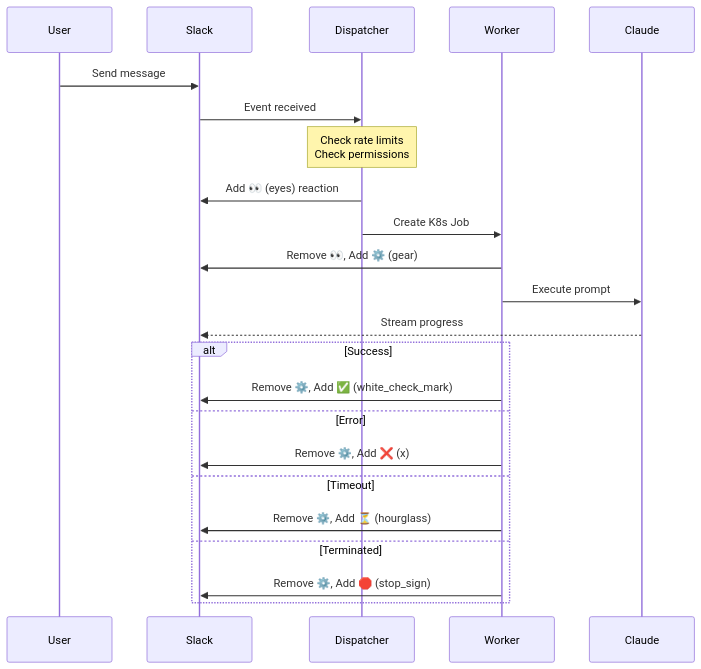
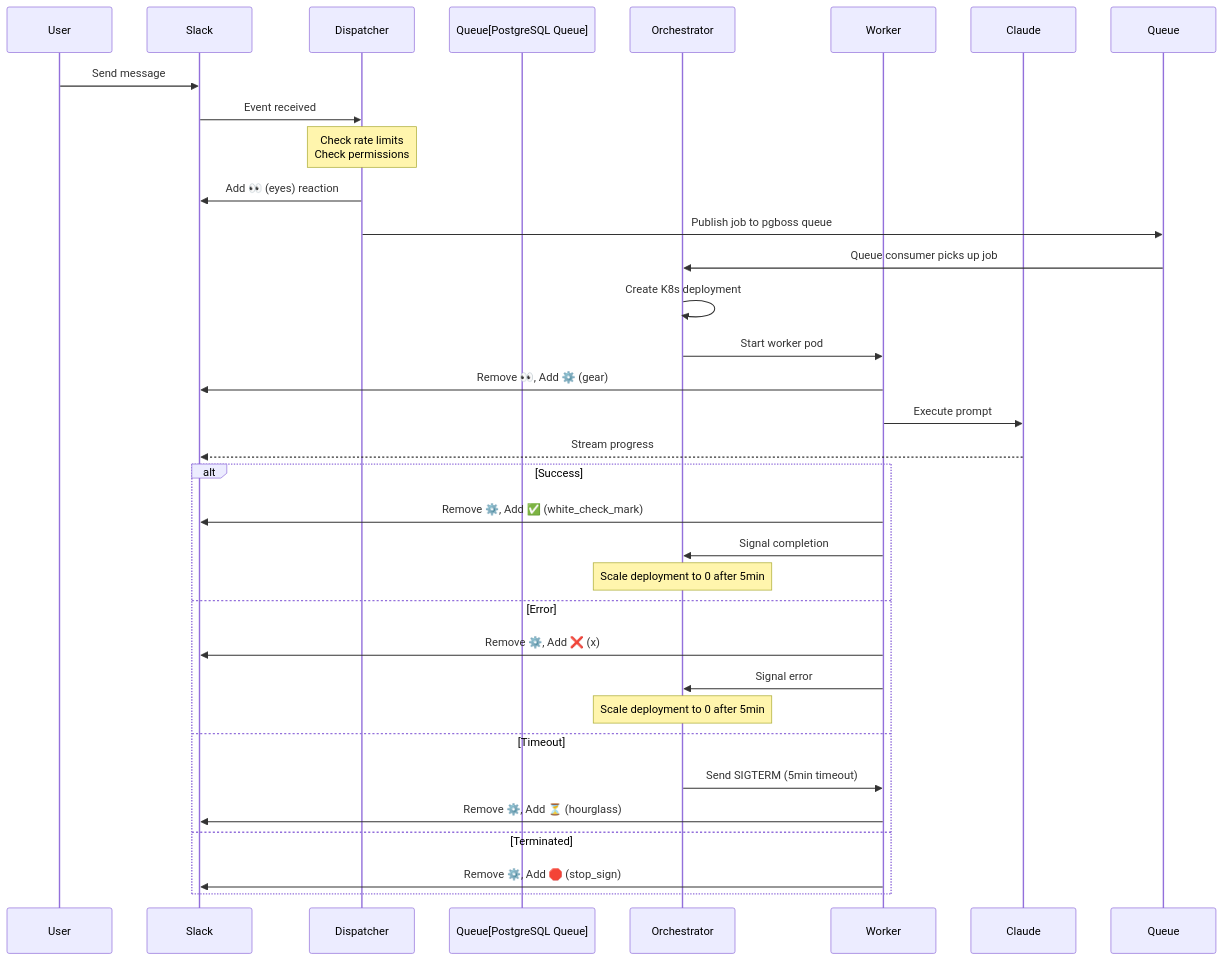
Before and after one commit to buremba/claude-code-slack: the fourth of 8 diagrams in ARCHITECTURE.md, drawn with Mermaid. The commit also changed other lines of this file and 28 other files, not shown here.

First line of the commit message:
feat: enhance architecture with PostgreSQL queue integration and orchestrator updates

````diff
--- a/ARCHITECTURE.md
+++ b/ARCHITECTURE.md
@@ -132,26 +166,36 @@
 ```mermaid
 sequenceDiagram
     participant User
     participant Slack
     participant Dispatcher
+    participant Queue[PostgreSQL Queue]
+    participant Orchestrator
     participant Worker
     participant Claude
 
     User->>Slack: Send message
     Slack->>Dispatcher: Event received
     Note over Dispatcher: Check rate limits<br/>Check permissions
     Dispatcher->>Slack: Add 👀 (eyes) reaction
-    Dispatcher->>Worker: Create K8s Job
+    Dispatcher->>Queue: Publish job to pgboss queue
+    Queue->>Orchestrator: Queue consumer picks up job
+    Orchestrator->>Orchestrator: Create K8s deployment
+    Orchestrator->>Worker: Start worker pod
     Worker->>Slack: Remove 👀, Add ⚙️ (gear)
     Worker->>Claude: Execute prompt
     Claude-->>Slack: Stream progress
     alt Success
         Worker->>Slack: Remove ⚙️, Add ✅ (white_check_mark)
+        Worker->>Orchestrator: Signal completion
+        Note over Orchestrator: Scale deployment to 0 after 5min
     else Error
         Worker->>Slack: Remove ⚙️, Add ❌ (x)
+        Worker->>Orchestrator: Signal error
+        Note over Orchestrator: Scale deployment to 0 after 5min
     else Timeout
+        Orchestrator->>Worker: Send SIGTERM (5min timeout)
         Worker->>Slack: Remove ⚙️, Add ⏳ (hourglass)
     else Terminated
         Worker->>Slack: Remove ⚙️, Add 🛑 (stop_sign)
     end
 ```
````
